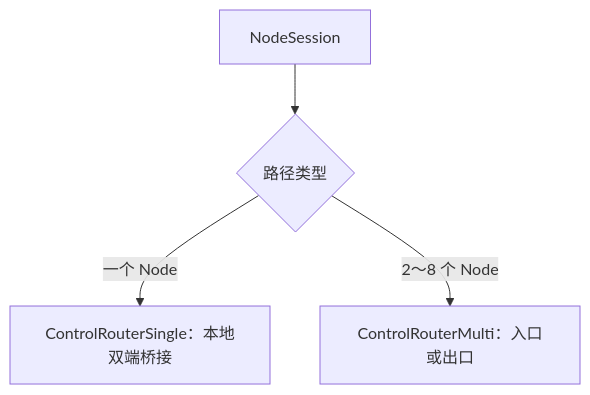
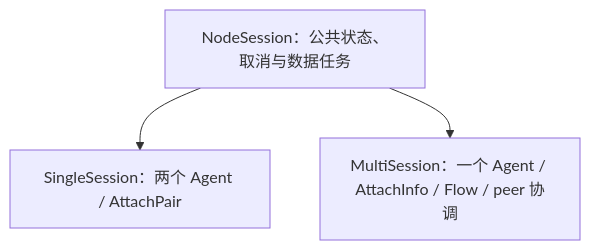
One commit to Xtinc/relayweave changed the seventh of 20 diagrams in docs/RelayWeave设计.md. Above: the diagram before and after it, drawn with Mermaid. The commit also changed other lines of this file and 48 other files, not shown here.

````diff
--- a/docs/RelayWeave设计.md
+++ b/docs/RelayWeave设计.md
@@ -397,6 +408,5 @@
 ```mermaid
 flowchart TD
-    S["NodeSession"] --> Choice{"路径类型"}
-    Choice -->|"一个 Node"| Single["ControlRouterSingle：本地双端桥接"]
-    Choice -->|"2～8 个 Node"| Multi["ControlRouterMulti：入口或出口"]
+    S["NodeSession：公共状态、取消与数据任务"] --> Single["SingleSession：两个 Agent / AttachPair"]
+    S --> Multi["MultiSession：一个 Agent / AttachInfo / Flow / peer 协调"]
 ```
````
